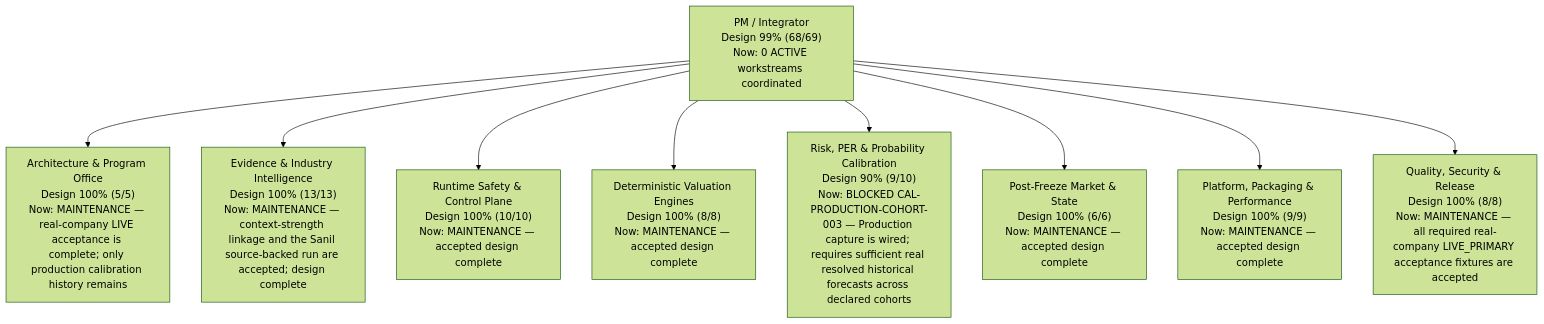
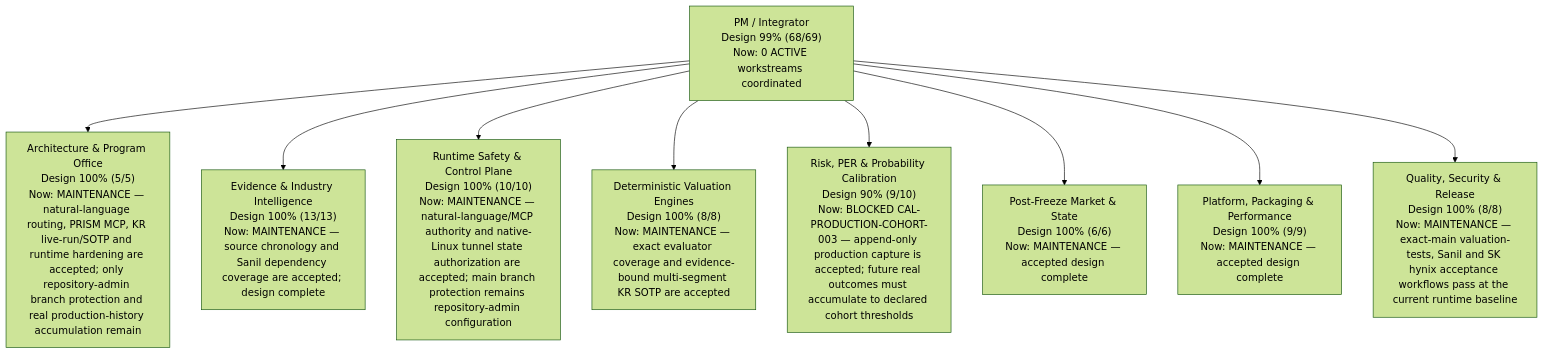
The diagram in PROJECT_STATUS.md (newwonwoo/valuation), drawn with Mermaid (forest theme) before and after one commit. The commit also changed other lines of this file and 3 other files, not shown here.

````diff
--- a/PROJECT_STATUS.md
+++ b/PROJECT_STATUS.md
@@ -24,12 +24,12 @@
 ```mermaid
 flowchart TB
   PM["PM / Integrator<br/>Design 99% (68/69)<br/>Now: 0 ACTIVE workstreams coordinated"]
-  PM --> PMO["Architecture & Program Office<br/>Design 100% (5/5)<br/>Now: MAINTENANCE — real-company LIVE acceptance is complete; only production calibration history remains"]
-  PM --> EVIDENCE["Evidence & Industry Intelligence<br/>Design 100% (13/13)<br/>Now: MAINTENANCE — context-strength linkage and the Sanil source-backed run are accepted; design complete"]
-  PM --> RUNTIME["Runtime Safety & Control Plane<br/>Design 100% (10/10)<br/>Now: MAINTENANCE — accepted design complete"]
-  PM --> VALUATION["Deterministic Valuation Engines<br/>Design 100% (8/8)<br/>Now: MAINTENANCE — accepted design complete"]
-  PM --> CALIBRATION["Risk, PER & Probability Calibration<br/>Design 90% (9/10)<br/>Now: BLOCKED CAL-PRODUCTION-COHORT-003 — Production capture is wired; requires sufficient real resolved historical forecasts across declared cohorts"]
+  PM --> PMO["Architecture & Program Office<br/>Design 100% (5/5)<br/>Now: MAINTENANCE — natural-language routing, PRISM MCP, KR live-run/SOTP and runtime hardening are accepted; only repository-admin branch protection and real production-history accumulation remain"]
+  PM --> EVIDENCE["Evidence & Industry Intelligence<br/>Design 100% (13/13)<br/>Now: MAINTENANCE — source chronology and Sanil dependency coverage are accepted; design complete"]
+  PM --> RUNTIME["Runtime Safety & Control Plane<br/>Design 100% (10/10)<br/>Now: MAINTENANCE — natural-language/MCP authority and native-Linux tunnel state authorization are accepted; main branch protection remains repository-admin configuration"]
+  PM --> VALUATION["Deterministic Valuation Engines<br/>Design 100% (8/8)<br/>Now: MAINTENANCE — exact evaluator coverage and evidence-bound multi-segment KR SOTP are accepted"]
+  PM --> CALIBRATION["Risk, PER & Probability Calibration<br/>Design 90% (9/10)<br/>Now: BLOCKED CAL-PRODUCTION-COHORT-003 — append-only production capture is accepted; future real outcomes must accumulate to declared cohort thresholds"]
   PM --> POST_FREEZE["Post-Freeze Market & State<br/>Design 100% (6/6)<br/>Now: MAINTENANCE — accepted design complete"]
   PM --> PLATFORM["Platform, Packaging & Performance<br/>Design 100% (9/9)<br/>Now: MAINTENANCE — accepted design complete"]
-  PM --> QA_RELEASE["Quality, Security & Release<br/>Design 100% (8/8)<br/>Now: MAINTENANCE — all required real-company LIVE_PRIMARY acceptance fixtures are accepted"]
+  PM --> QA_RELEASE["Quality, Security & Release<br/>Design 100% (8/8)<br/>Now: MAINTENANCE — exact-main valuation-tests, Sanil and SK hynix acceptance workflows pass at the current runtime baseline"]
 ```
````
